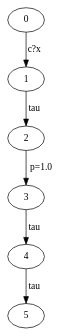
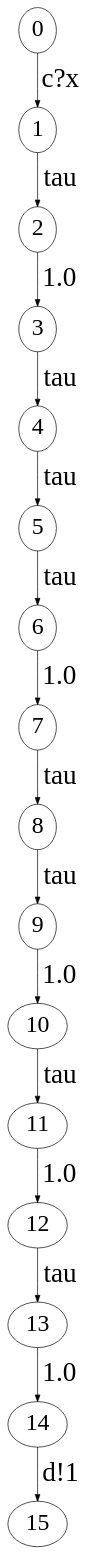
Before and after one commit to MartianQXD/QBisim: the diagram in parse_output/concrete3-1.gv, drawn with Graphviz. The commit also changed 102 other files, not shown here.

```diff
--- a/parse_output/concrete3-1.gv
+++ b/parse_output/concrete3-1.gv
@@ -1,8 +1,20 @@
 // The qLTS Sdc
 digraph {
+	node [fontsize=35]
+	edge [fontsize=40]
 	0 -> 1 [label="c?x"]
 	1 -> 2 [label=tau]
-	2 -> 3 [label="p=1.0"]
+	2 -> 3 [label=1.0]
 	3 -> 4 [label=tau]
 	4 -> 5 [label=tau]
+	5 -> 6 [label=tau]
+	6 -> 7 [label=1.0]
+	7 -> 8 [label=tau]
+	8 -> 9 [label=tau]
+	9 -> 10 [label=1.0]
+	10 -> 11 [label=tau]
+	11 -> 12 [label=1.0]
+	12 -> 13 [label=tau]
+	13 -> 14 [label=1.0]
+	14 -> 15 [label="d!1"]
 }
```
